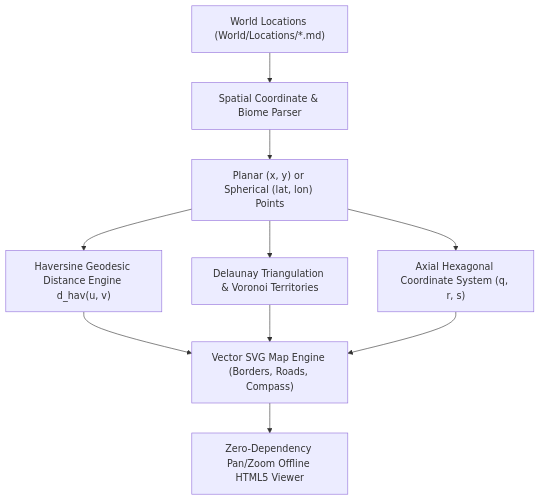
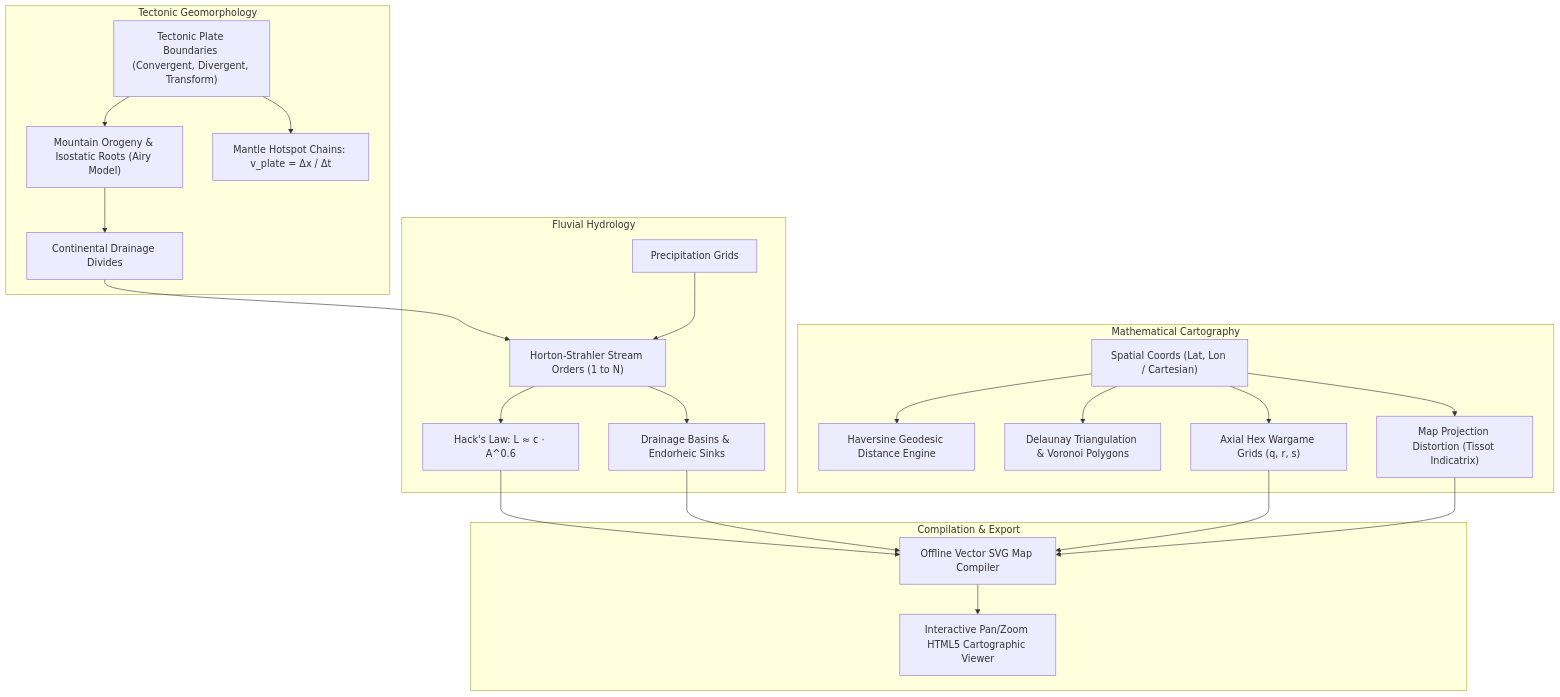
Before and after one commit to aryansinghnagar/Ars-Arcanum: the diagram in docs/CARTOGRAPHY.md, drawn with Mermaid. The commit also changed other lines of this file and 239 other files, not shown here.

First line of the commit message:
feat(v5.0.0): streamline to 47 deterministic engines, zero-pip architecture, and encyclopedic craft references

````diff
--- a/docs/CARTOGRAPHY.md
+++ b/docs/CARTOGRAPHY.md
@@ -21,12 +18,26 @@
 ```mermaid
 flowchart TD
-    Locations["World Locations (World/Locations/*.md)"] --> Parser["Spatial Coordinate & Biome Parser"]
-    Parser --> Coords["Planar (x, y) or Spherical (lat, lon) Points"]
-    
-    Coords --> Geodesic["Haversine Geodesic Distance Engine d_hav(u, v)"]
-    Coords --> Delaunay["Delaunay Triangulation & Voronoi Territories"]
-    Coords --> HexGrid["Axial Hexagonal Coordinate System (q, r, s)"]
-    
-    Geodesic & Delaunay & HexGrid --> SVGCompiler["Vector SVG Map Engine (Borders, Roads, Compass)"]
-    SVGCompiler --> HTMLViewer["Zero-Dependency Pan/Zoom Offline HTML5 Viewer"]
+    subgraph Tectonic Geomorphology
+        Plates["Tectonic Plate Boundaries (Convergent, Divergent, Transform)"] --> Orogeny["Mountain Orogeny & Isostatic Roots (Airy Model)"]
+        Plates --> Hotspots["Mantle Hotspot Chains: v_plate = Δx / Δt"]
+        Orogeny --> Divides["Continental Drainage Divides"]
+    end
+
+    subgraph Fluvial Hydrology
+        Divides & Rain["Precipitation Grids"] --> StreamNetwork["Horton-Strahler Stream Orders (1 to N)"]
+        StreamNetwork --> HacksLaw["Hack's Law: L ≈ c · A^0.6"]
+        StreamNetwork --> Basins["Drainage Basins & Endorheic Sinks"]
+    end
+
+    subgraph Mathematical Cartography
+        Locations["Spatial Coords (Lat, Lon / Cartesian)"] --> Geodesic["Haversine Geodesic Distance Engine"]
+        Locations --> Delaunay["Delaunay Triangulation & Voronoi Polygons"]
+        Locations --> HexGrid["Axial Hex Wargame Grids (q, r, s)"]
+        Locations --> Projection["Map Projection Distortion (Tissot Indicatrix)"]
+    end
+
+    subgraph Compilation & Export
+        HacksLaw & Basins & HexGrid & Projection --> SVGMap["Offline Vector SVG Map Compiler"]
+        SVGMap --> HTMLViewer["Interactive Pan/Zoom HTML5 Cartographic Viewer"]
+    end
 ```
````
